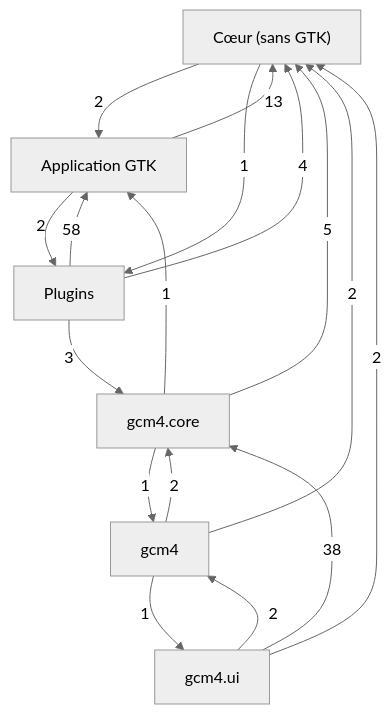
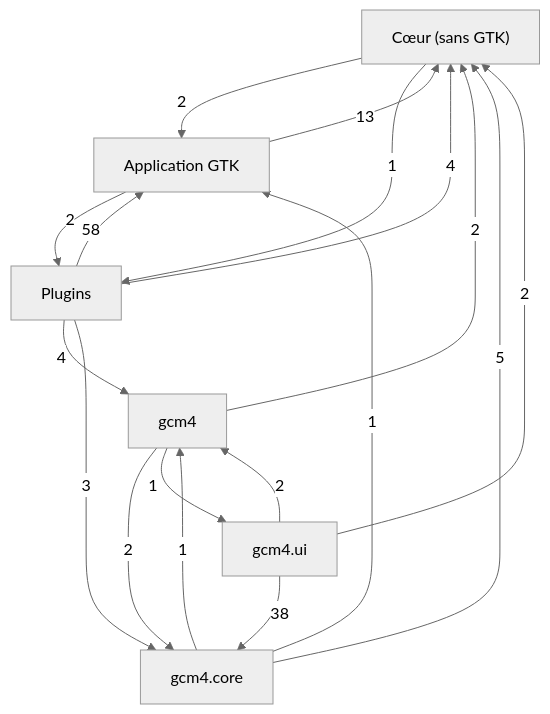
The first of 7 diagrams in docs/class-diagram.md (Mathide-Team/Gcm4), drawn with Mermaid (neutral theme) before and after one commit. The commit also changed other lines of this file and 44 other files, not shown here.

````diff
--- a/docs/class-diagram.md
+++ b/docs/class-diagram.md
@@ -21,25 +21,26 @@
 ```mermaid
 flowchart TD
     g0["Cœur (sans GTK)"]
     g1["Application GTK"]
     g2["Plugins"]
     g3["gcm4"]
     g4["gcm4.core"]
     g5["gcm4.ui"]
     g1 -->|13| g0
     g1 -->|2| g2
     g0 -->|2| g1
     g0 -->|1| g2
     g2 -->|58| g1
     g2 -->|4| g0
+    g2 -->|4| g3
     g2 -->|3| g4
     g3 -->|2| g0
     g3 -->|2| g4
     g3 -->|1| g5
     g4 -->|1| g1
     g4 -->|5| g0
     g4 -->|1| g3
     g5 -->|2| g0
     g5 -->|2| g3
     g5 -->|38| g4
 ```
````
